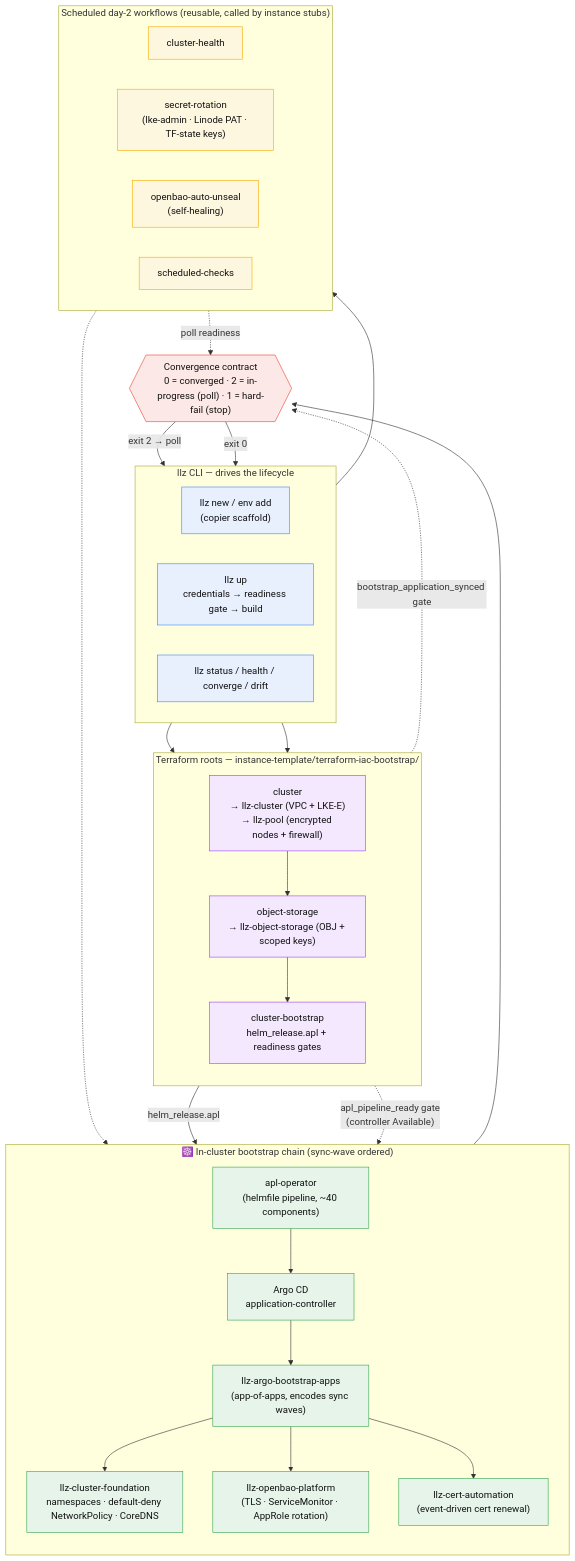
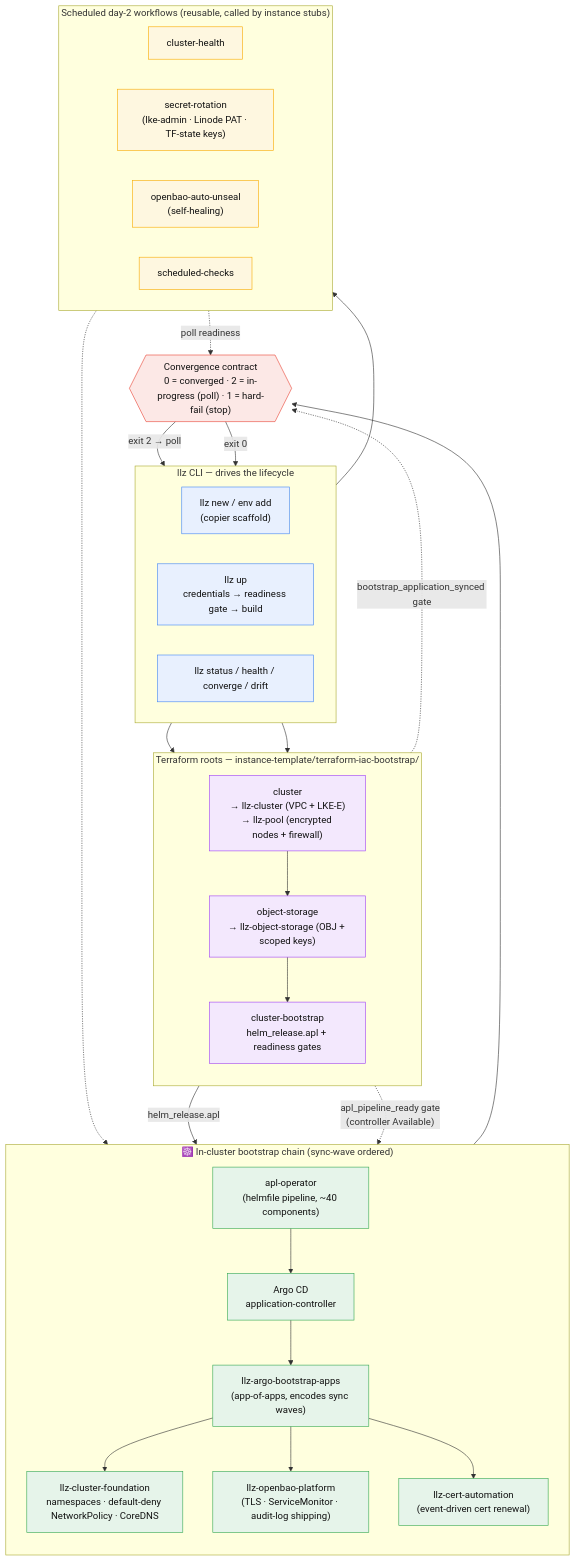
The second of 2 diagrams in docs/architecture/overview.md (akamai-consulting/lke-landing-zone), drawn with Mermaid before and after one commit. The commit also changed 50 other files, not shown here.

````diff
--- a/docs/architecture/overview.md
+++ b/docs/architecture/overview.md
@@ -87,65 +87,65 @@
 ```mermaid
 flowchart TB
     subgraph DRIVE["llz CLI — drives the lifecycle"]
         direction LR
         NEW["llz new / env add<br/>(copier scaffold)"]
         UP["llz up<br/>credentials → readiness gate → build"]
         DAY2["llz status / health / converge / drift"]
     end
 
     subgraph TFROOTS["Terraform roots — instance-template/terraform-iac-bootstrap/"]
         direction TB
         R1["cluster<br/>→ llz-cluster (VPC + LKE-E)<br/>→ llz-pool (encrypted nodes + firewall)"]
         R2["object-storage<br/>→ llz-object-storage (OBJ + scoped keys)"]
         R4["cluster-bootstrap<br/>helm_release.apl + readiness gates"]
     end
 
     subgraph CLUSTER["☸️ In-cluster bootstrap chain (sync-wave ordered)"]
         direction TB
         APL["apl-operator<br/>(helmfile pipeline, ~40 components)"]
         ARGO["Argo CD<br/>application-controller"]
         AOA["llz-argo-bootstrap-apps<br/>(app-of-apps, encodes sync waves)"]
         FOUND["llz-cluster-foundation<br/>namespaces · default-deny NetworkPolicy · CoreDNS"]
-        BAO["llz-openbao-platform<br/>(TLS · ServiceMonitor · AppRole rotation)"]
+        BAO["llz-openbao-platform<br/>(TLS · ServiceMonitor · audit-log shipping)"]
         CERT["llz-cert-automation<br/>(event-driven cert renewal)"]
     end
 
     GATE{{"Convergence contract<br/>0 = converged · 2 = in-progress (poll) · 1 = hard-fail (stop)"}}
 
     NEW --> R1
     UP --> R1 --> R2 --> R4
     R4 -->|"helm_release.apl"| APL
     APL --> ARGO
     R4 -.->|"apl_pipeline_ready gate<br/>(controller Available)"| ARGO
     ARGO --> AOA
     AOA --> FOUND
     AOA --> BAO
     AOA --> CERT
     R4 -.->|"bootstrap_application_synced gate"| GATE
     AOA --> GATE
     GATE -->|"exit 2 → poll"| DAY2
     GATE -->|"exit 0"| DAY2
 
     subgraph SCHED["Scheduled day-2 workflows (reusable, called by instance stubs)"]
         direction LR
         H["cluster-health"]
         ROT["secret-rotation<br/>(lke-admin · Linode PAT · TF-state keys)"]
         UNSEAL["openbao-auto-unseal<br/>(self-healing)"]
         CHK["scheduled-checks"]
     end
 
     DAY2 --> SCHED
     SCHED -.->|"poll readiness"| GATE
     UNSEAL -.-> BAO
 
     classDef cli fill:#e8f0fe,stroke:#4285f4,color:#111;
     classDef tf fill:#f3e8fd,stroke:#a142f4,color:#111;
     classDef k8s fill:#e6f4ea,stroke:#34a853,color:#111;
     classDef gate fill:#fce8e6,stroke:#ea4335,color:#111;
     classDef sch fill:#fef7e0,stroke:#f9ab00,color:#111;
     class NEW,UP,DAY2 cli;
     class R1,R2,R4 tf;
     class APL,ARGO,AOA,FOUND,BAO,CERT k8s;
     class GATE gate;
     class H,ROT,UNSEAL,CHK sch;
 ```
````
